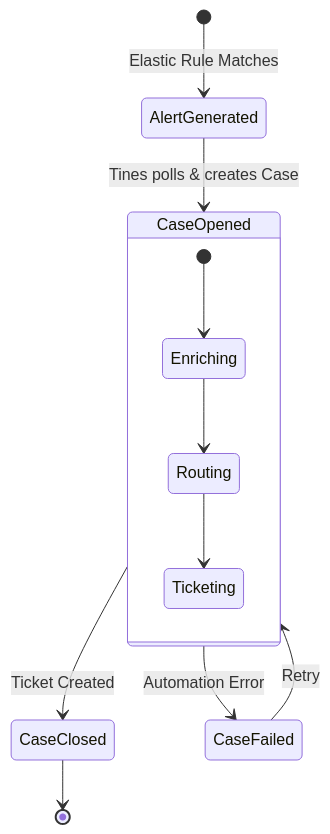
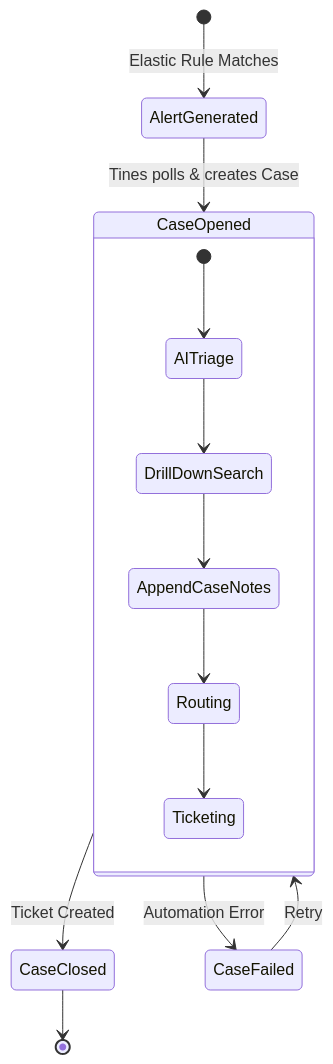
One commit to getkub/watchtower changed the diagram in docs/design/elastic/alert_lifecycle.md. Above: the diagram before and after it, drawn with Mermaid. The commit also changed 10 other files, not shown here.

````diff
--- a/docs/design/elastic/alert_lifecycle.md
+++ b/docs/design/elastic/alert_lifecycle.md
@@ -3,19 +3,21 @@
 ```mermaid
 stateDiagram-v2
     [*] --> AlertGenerated: Elastic Rule Matches
     
     AlertGenerated --> CaseOpened: Tines polls & creates Case
     
     state CaseOpened {
-        [*] --> Enriching
-        Enriching --> Routing
+        [*] --> AITriage
+        AITriage --> DrillDownSearch
+        DrillDownSearch --> AppendCaseNotes
+        AppendCaseNotes --> Routing
         Routing --> Ticketing
     }
     
     CaseOpened --> CaseClosed: Ticket Created
     CaseOpened --> CaseFailed: Automation Error
     
     CaseFailed --> CaseOpened: Retry
     
     CaseClosed --> [*]
 ```
````
